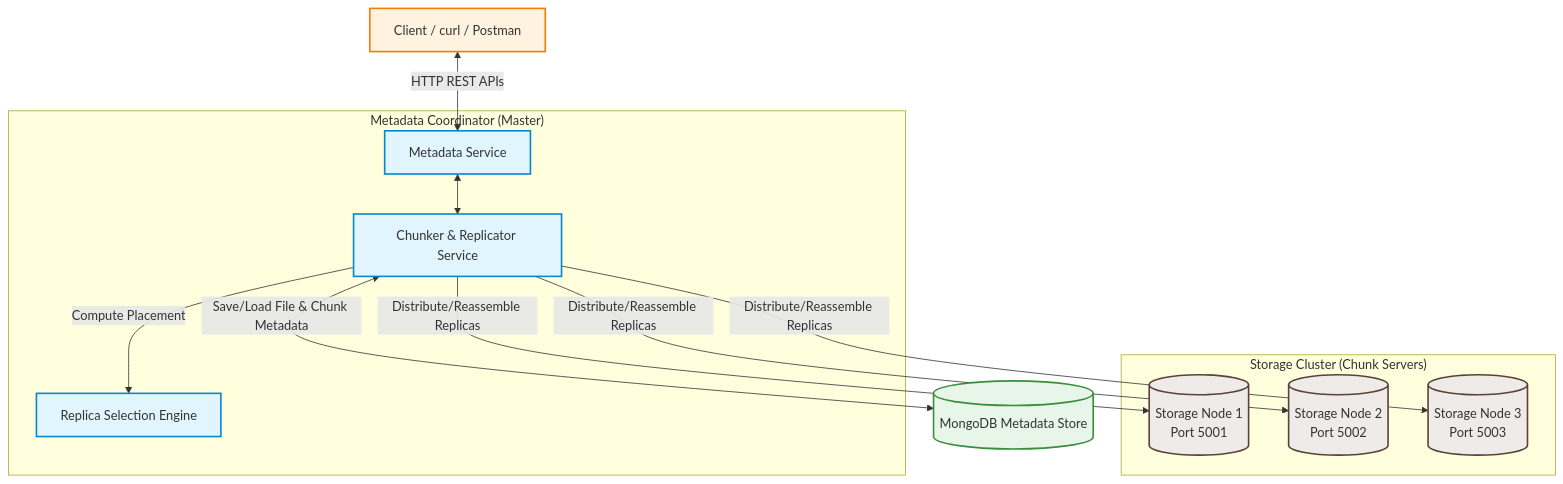
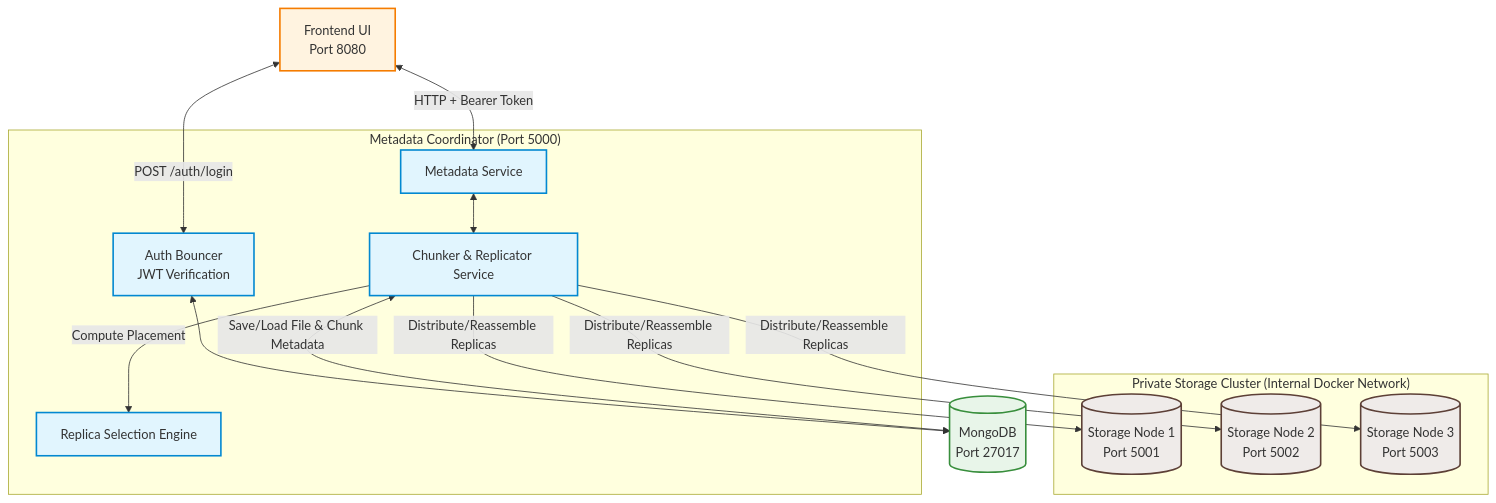
The diagram in README.md (bhamidipativiswajith2007/Distributed-File-Storage-System), drawn with Mermaid before and after one commit. The commit also changed other lines of this file and 1 other file, not shown here.

````diff
--- a/README.md
+++ b/README.md
@@ -15,34 +20,37 @@
 ```mermaid
 graph TD
     %% Styling
     classDef default fill:#f9f9f9,stroke:#333,stroke-width:2px;
     classDef service fill:#e1f5fe,stroke:#0288d1,stroke-width:2px;
     classDef storage fill:#efebe9,stroke:#5d4037,stroke-width:2px;
     classDef database fill:#e8f5e9,stroke:#388e3c,stroke-width:2px;
-    classDef client fill:#fff3e0,stroke:#f57c00,stroke-width:2px;
+    classDef ui fill:#fff3e0,stroke:#f57c00,stroke-width:2px;
 
-    Client[Client / curl / Postman]:::client
+    Client[Frontend UI<br/>Port 8080]:::ui
     
-    subgraph "Metadata Coordinator (Master)"
+    subgraph "Metadata Coordinator (Port 5000)"
+        Auth[Auth Bouncer <br/> JWT Verification]:::service
         MS[Metadata Service]:::service
         Chunker[Chunker & Replicator Service]:::service
         Selector[Replica Selection Engine]:::service
     end
     
-    MongoDB[(MongoDB Metadata Store)]:::database
+    MongoDB[(MongoDB <br/> Port 27017)]:::database
     
-    subgraph "Storage Cluster (Chunk Servers)"
+    subgraph "Private Storage Cluster (Internal Docker Network)"
         Node1[(Storage Node 1<br/>Port 5001)]:::storage
         Node2[(Storage Node 2<br/>Port 5002)]:::storage
         Node3[(Storage Node 3<br/>Port 5003)]:::storage
     end
     
     %% Relationships
-    Client <-->|HTTP REST APIs| MS
+    Client <-->|POST /auth/login| Auth
+    Client <-->|HTTP + Bearer Token| MS
+    Auth <--> MongoDB
     MS <--> Chunker
     Chunker -->|Compute Placement| Selector
     Chunker <-->|Save/Load File & Chunk Metadata| MongoDB
     Chunker -->|Distribute/Reassemble Replicas| Node1
     Chunker -->|Distribute/Reassemble Replicas| Node2
     Chunker -->|Distribute/Reassemble Replicas| Node3
 ```
````
